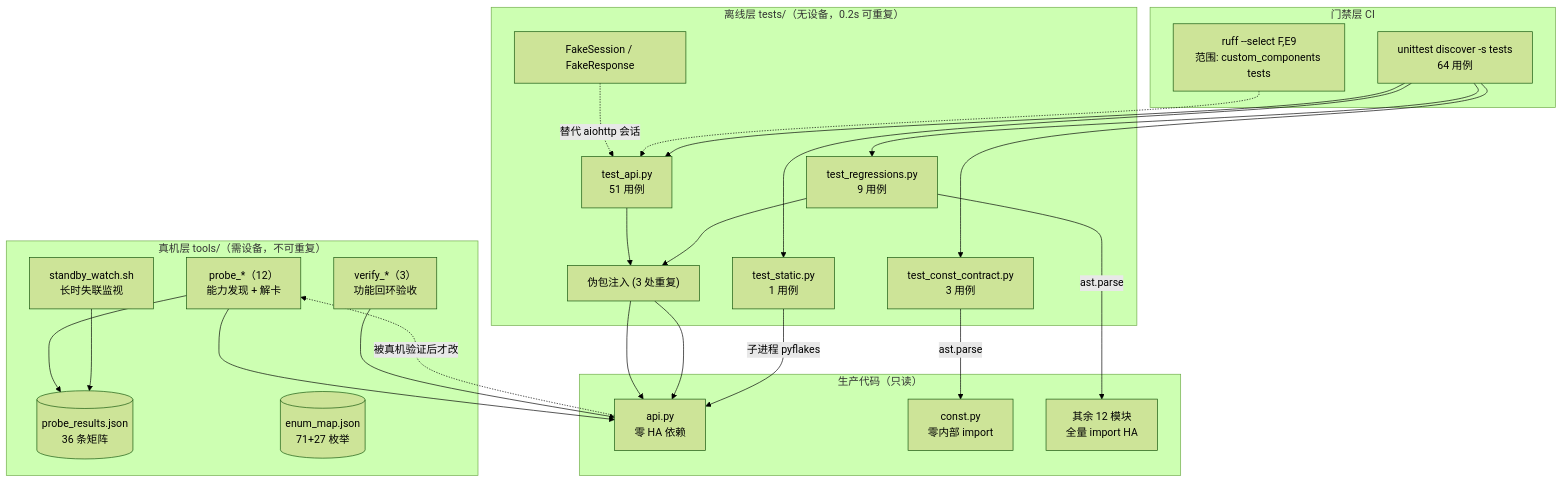
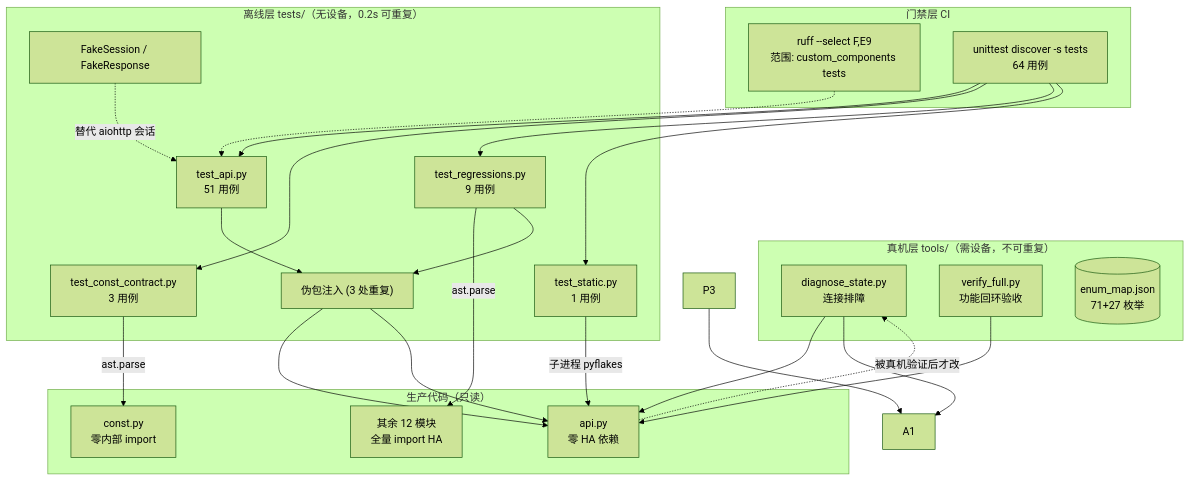
The first of 6 diagrams in docs/architecture/subsystems/verification-harness/module_design.md (aixmoyu/ha-epson-ef-projector), drawn with Mermaid (forest theme) before and after one commit. The commit also changed other lines of this file and 35 other files, not shown here.

````diff
--- a/docs/architecture/subsystems/verification-harness/module_design.md
+++ b/docs/architecture/subsystems/verification-harness/module_design.md
@@ -43,40 +42,38 @@
 ```mermaid
 graph TD
     subgraph L1["真机层 tools/（需设备，不可重复）"]
-        P1["probe_*（12）<br/>能力发现 + 解卡"]
-        P2["verify_*（3）<br/>功能回环验收"]
-        P3["standby_watch.sh<br/>长时失联监视"]
-        A1[("probe_results.json<br/>36 条矩阵")]
+        P1["diagnose_state.py<br/>连接排障"]
+        P2["verify_full.py<br/>功能回环验收"]
         A2[("enum_map.json<br/>71+27 枚举")]
     end
     subgraph L2["离线层 tests/（无设备，0.2s 可重复）"]
         T1["test_api.py<br/>51 用例"]
         T2["test_const_contract.py<br/>3 用例"]
         T3["test_regressions.py<br/>9 用例"]
         T4["test_static.py<br/>1 用例"]
         F1["伪包注入 (3 处重复)"]
         F2["FakeSession / FakeResponse"]
     end
     subgraph L3["门禁层 CI"]
         CI1["ruff --select F,E9<br/>范围: custom_components tests"]
         CI2["unittest discover -s tests<br/>64 用例"]
     end
     subgraph PROD["生产代码（只读）"]
         API["api.py<br/>零 HA 依赖"]
         CONST["const.py<br/>零内部 import"]
         HA["其余 12 模块<br/>全量 import HA"]
     end
     P1 --> API
     P2 --> API
     P1 --> A1
     P3 --> A1
     T1 --> F1 --> API
     T2 -->|"ast.parse"| CONST
     T3 -->|"ast.parse"| HA
     T3 --> F1 --> API
     T4 -->|"子进程 pyflakes"| API
     F2 -.->|"替代 aiohttp 会话"| T1
     CI1 -.-> T1
     CI2 --> T1 & T2 & T3 & T4
     API -.->|"被真机验证后才改"| P1
 ```
````
